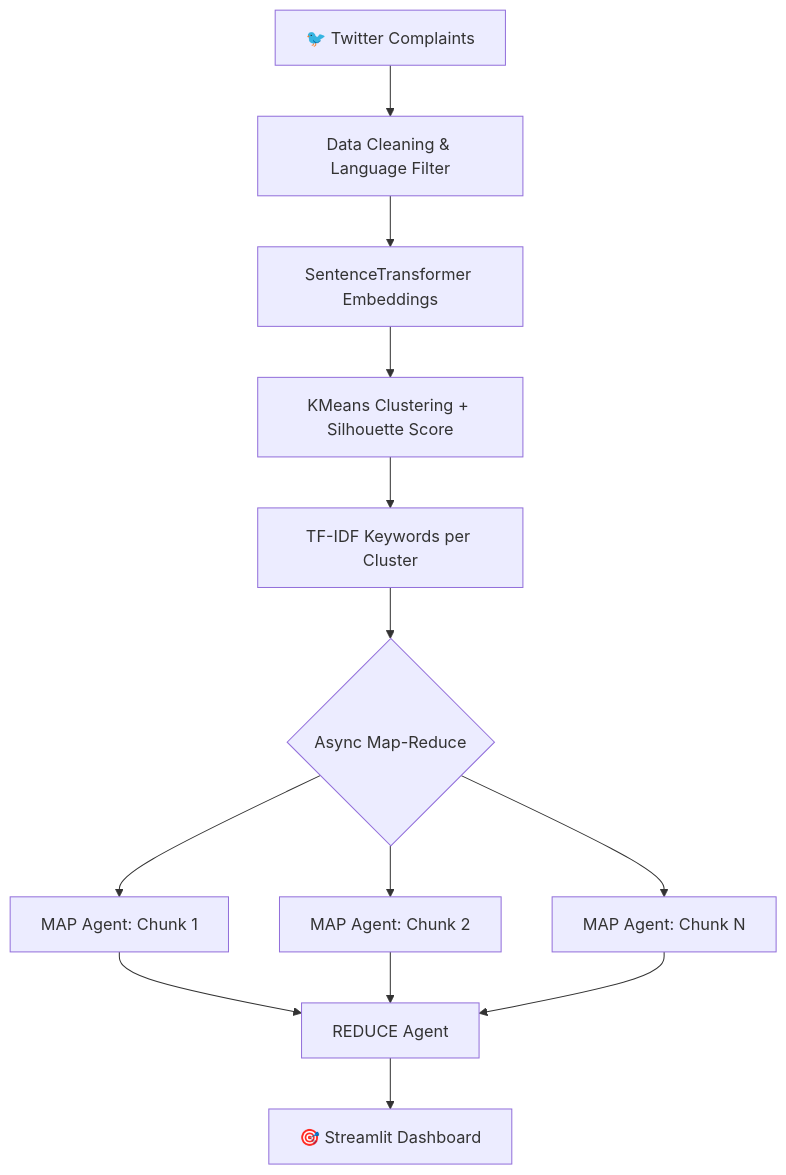
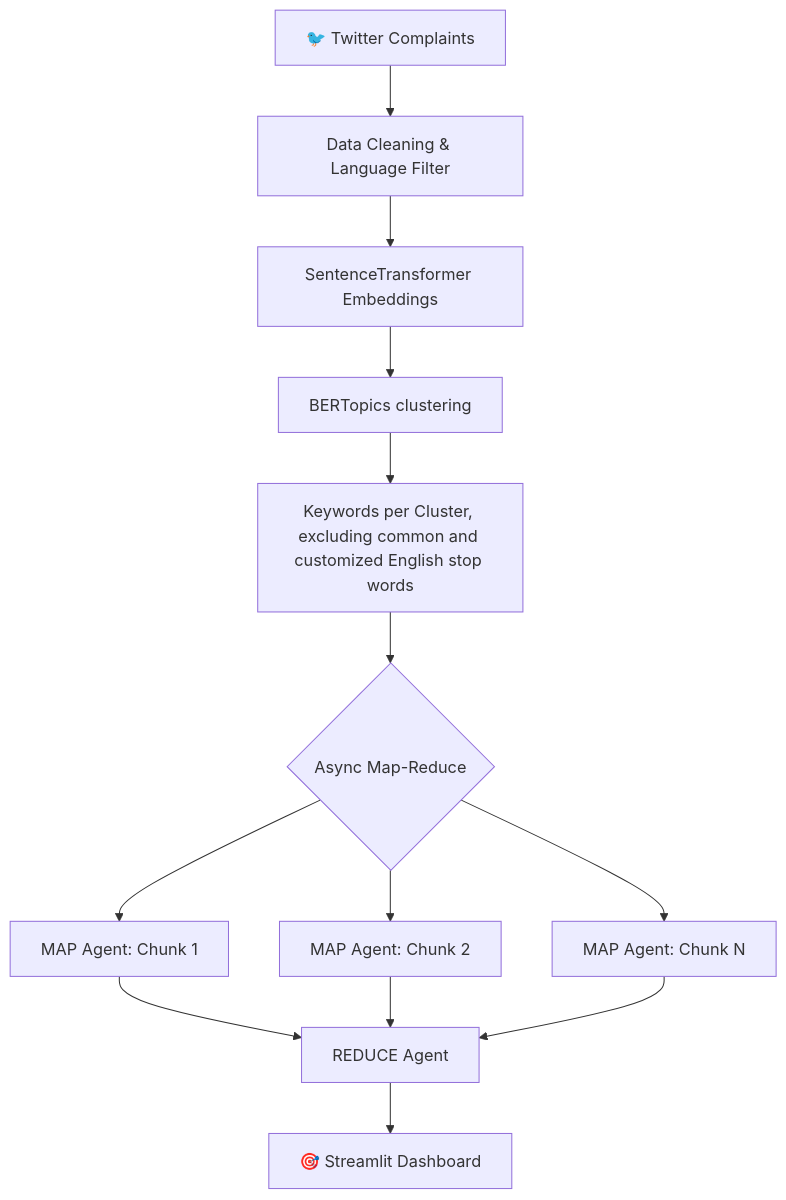
The diagram in README.md (cznelson2005/customer-support-LLM-agent), drawn with Mermaid before and after one commit. The commit also changed other lines of this file, not shown here.

````diff
--- a/README.md
+++ b/README.md
@@ -9,15 +9,15 @@
 ```mermaid
 flowchart TD
     A[🐦 Twitter Complaints] --> B[Data Cleaning & Language Filter]
     B --> C[SentenceTransformer Embeddings]
-    C --> D[KMeans Clustering + Silhouette Score]
-    D --> E[TF-IDF Keywords per Cluster]
+    C --> D[BERTopics clustering]
+    D --> E[Keywords per Cluster, excluding common and customized English stop words]
     E --> F{Async Map-Reduce}
     F --> G[MAP Agent: Chunk 1]
     F --> H[MAP Agent: Chunk 2]
     F --> I[MAP Agent: Chunk N]
     G --> J[REDUCE Agent]
     H --> J
     I --> J
     J --> K[🎯 Streamlit Dashboard]
 ```
````
